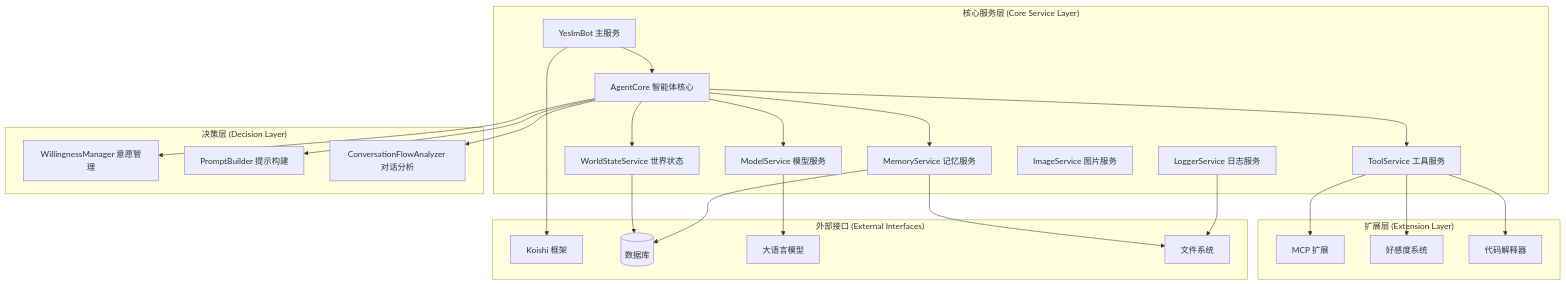
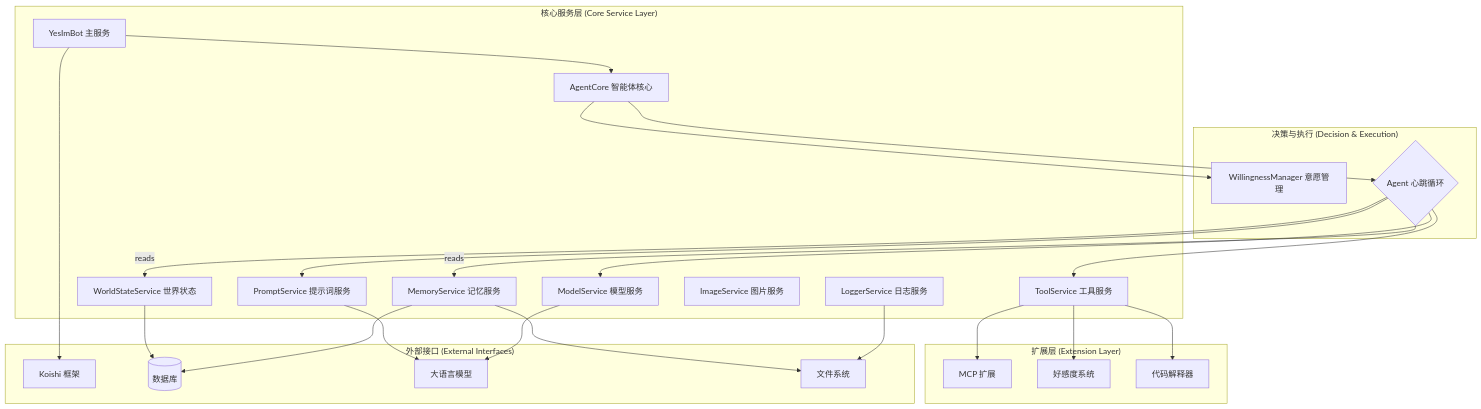
One commit to HydroGest/AthenaDocsNG changed the diagram in docs/concepts/agent-architecture.md. Above: the diagram before and after it, drawn with Mermaid. The commit also changed other lines of this file and 10 other files, not shown here.

````diff
--- a/docs/concepts/agent-architecture.md
+++ b/docs/concepts/agent-architecture.md
@@ -7,52 +7,53 @@
 ```mermaid
 graph TB
     subgraph "核心服务层 (Core Service Layer)"
         YB[YesImBot 主服务]
         AC[AgentCore 智能体核心]
         MS[ModelService 模型服务]
         WS[WorldStateService 世界状态]
         MEM[MemoryService 记忆服务]
         TS[ToolService 工具服务]
+        PS[PromptService 提示词服务]
         IS[ImageService 图片服务]
         LS[LoggerService 日志服务]
     end
     
-    subgraph "决策层 (Decision Layer)"
+    subgraph "决策与执行 (Decision & Execution)"
         WM[WillingnessManager 意愿管理]
-        PB[PromptBuilder 提示构建]
-        CFA[ConversationFlowAnalyzer 对话分析]
+        Cycle{Agent 心跳循环}
     end
     
     subgraph "扩展层 (Extension Layer)"
         MCP[MCP 扩展]
         FAV[好感度系统]
         CODE[代码解释器]
     end
     
     subgraph "外部接口 (External Interfaces)"
         KOISHI[Koishi 框架]
         DB[(数据库)]
         LLM[大语言模型]
         FILE[文件系统]
     end
     
     YB --> AC
-    AC --> MS
-    AC --> WS
-    AC --> MEM
-    AC --> TS
     AC --> WM
-    AC --> PB
-    AC --> CFA
+    AC --> Cycle
+    Cycle --> PS
+    Cycle --> MS
+    Cycle --> TS
+    Cycle -- reads --> MEM
+    Cycle -- reads --> WS
     
+    PS --> LLM
     MS --> LLM
     WS --> DB
     MEM --> DB
     MEM --> FILE
     TS --> MCP
     TS --> FAV
     TS --> CODE
     
     YB --> KOISHI
     LS --> FILE
 ```
````
